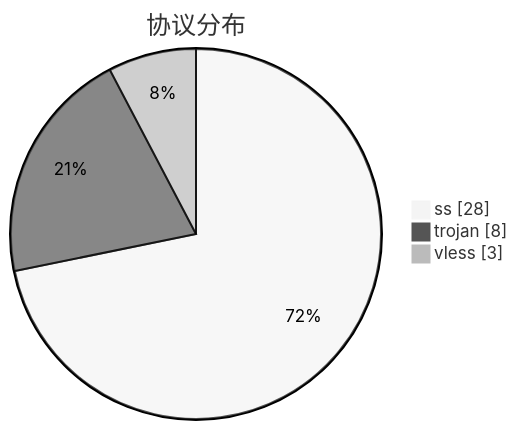
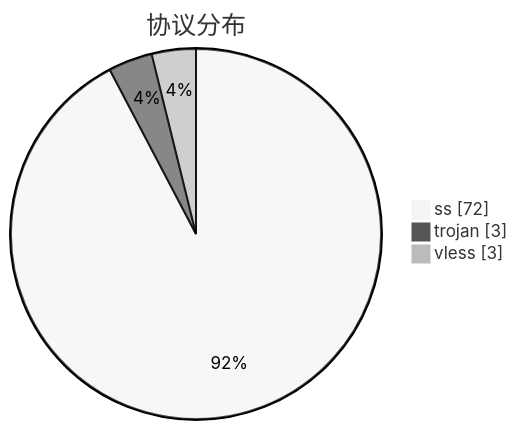
Before and after one commit to qjlxg/airport: the third of 3 diagrams in subs/statistics/tested_within.md, drawn with Mermaid (neutral theme). The commit also changed other lines of this file and 2 other files, not shown here.

````diff
--- a/subs/statistics/tested_within.md
+++ b/subs/statistics/tested_within.md
@@ -24,7 +23,7 @@
 ```mermaid
 pie showData
 title 协议分布
-"ss" : 28
-"trojan" : 8
+"ss" : 72
+"trojan" : 3
 "vless" : 3
 ```
````
